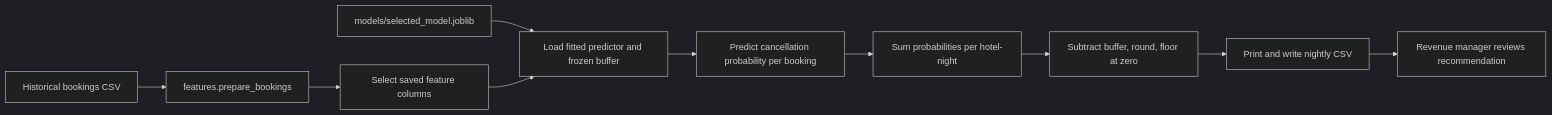
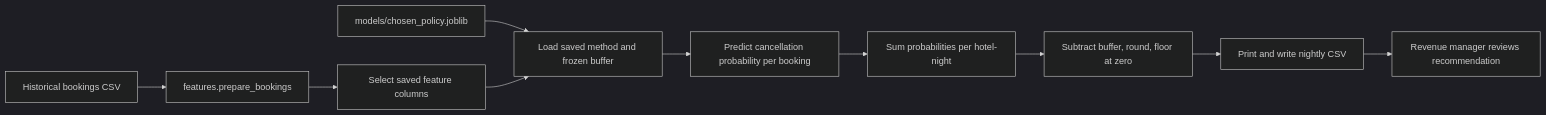
The diagram in docs/PRD.md (Nitishvarma50/Hotel_booking_optimization), drawn with Mermaid (dark theme) before and after one commit. The commit also changed other lines of this file and 5 other files, not shown here.

````diff
--- a/docs/PRD.md
+++ b/docs/PRD.md
@@ -76,12 +79,12 @@
 ```mermaid
 flowchart LR
     A[Historical bookings CSV] --> B[features.prepare_bookings]
     B --> C[Select saved feature columns]
-    D[models/selected_model.joblib] --> E[Load fitted predictor and frozen buffer]
+    D[models/chosen_policy.joblib] --> E[Load saved method and frozen buffer]
     C --> E
     E --> F[Predict cancellation probability per booking]
     F --> G[Sum probabilities per hotel-night]
     G --> H[Subtract buffer, round, floor at zero]
     H --> I[Print and write nightly CSV]
     I --> J[Revenue manager reviews recommendation]
 ```
````
